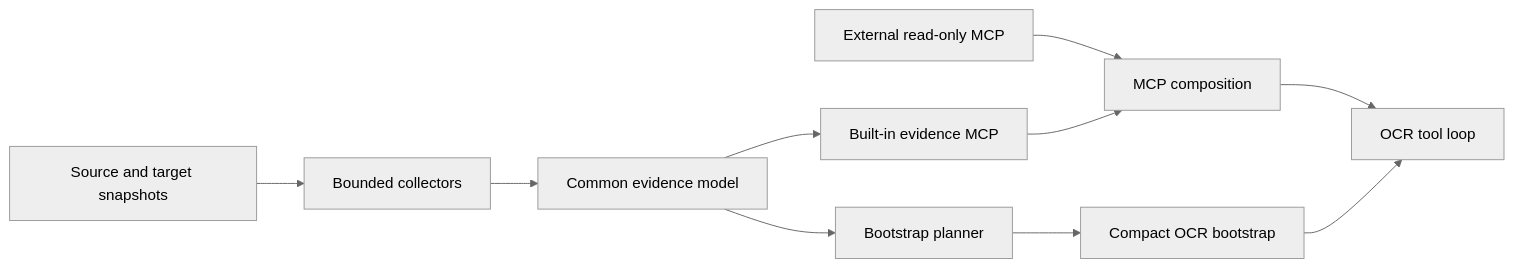
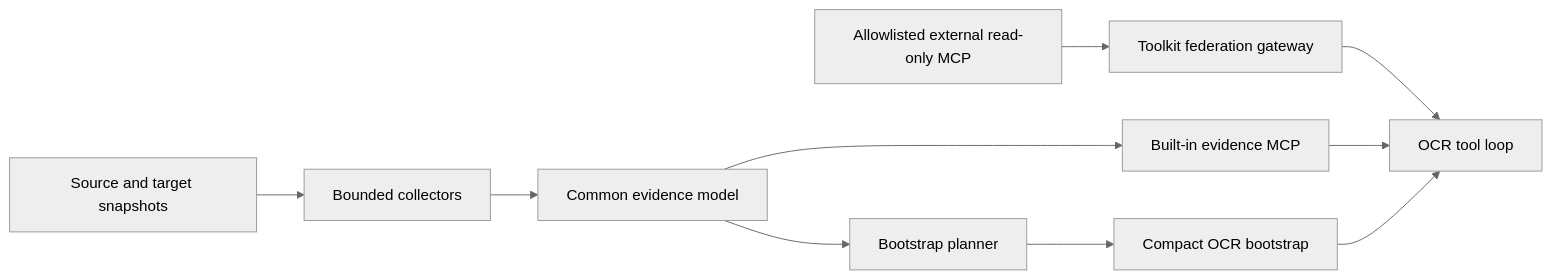
One commit to xeonvs/open-code-review-toolkit changed the second of 2 diagrams in docs/engineering/toolkit_strategy.md. Above: the diagram before and after it, drawn with Mermaid (neutral theme). The commit also changed 16 other files, not shown here.

````diff
--- a/docs/engineering/toolkit_strategy.md
+++ b/docs/engineering/toolkit_strategy.md
@@ -58,12 +58,12 @@
 ```mermaid
 flowchart LR
     SNAP[Source and target snapshots] --> COL[Bounded collectors]
     COL --> MODEL[Common evidence model]
     MODEL --> PLAN[Bootstrap planner]
     PLAN --> BOOT[Compact OCR bootstrap]
     MODEL --> MCP[Built-in evidence MCP]
-    EXT[External read-only MCP] --> COMPOSE[MCP composition]
-    MCP --> COMPOSE
-    COMPOSE --> OCR[OCR tool loop]
+    EXT[Allowlisted external read-only MCP] --> GATE[Toolkit federation gateway]
+    GATE --> OCR[OCR tool loop]
+    MCP --> OCR
     BOOT --> OCR
 ```
````
